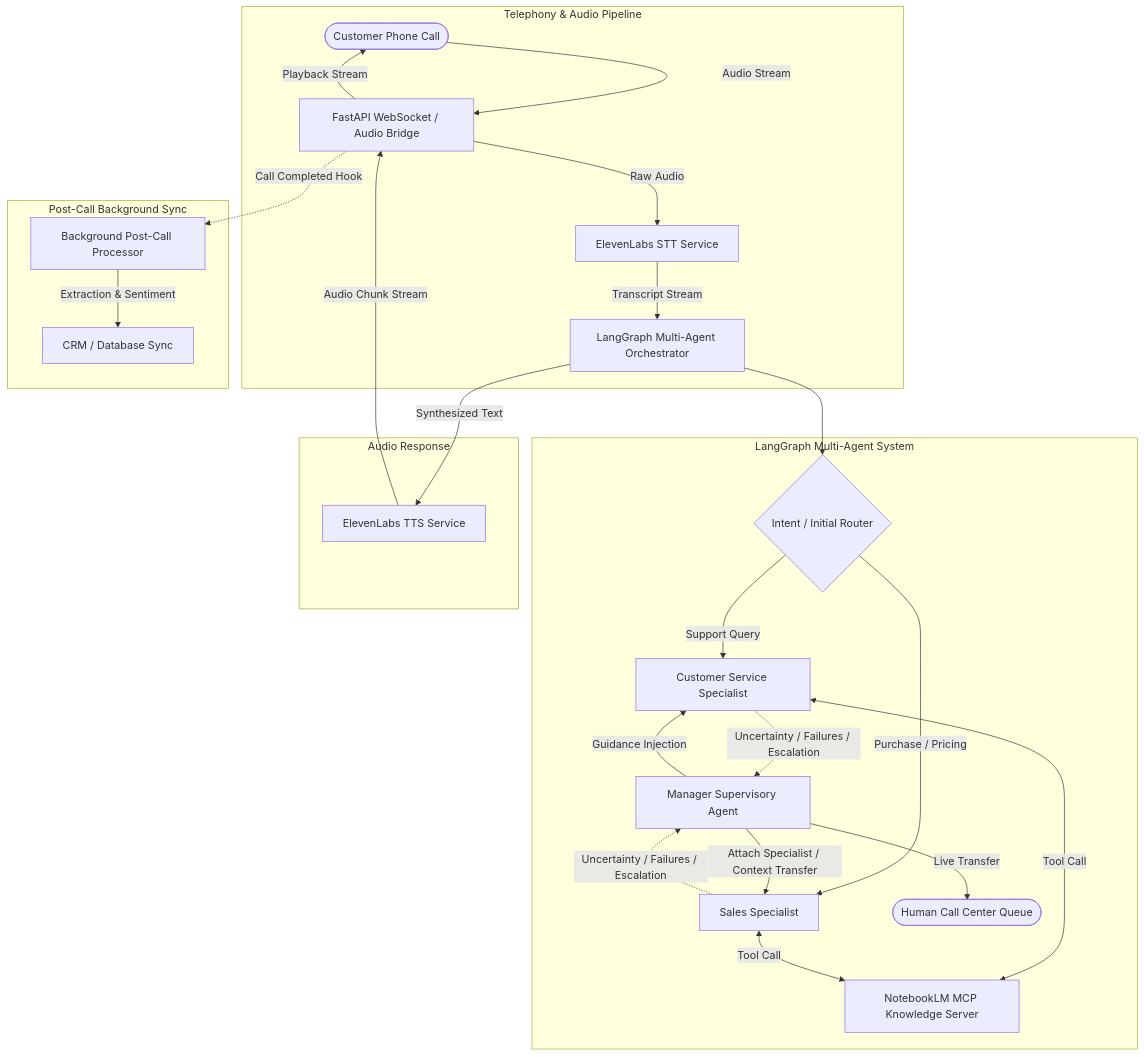
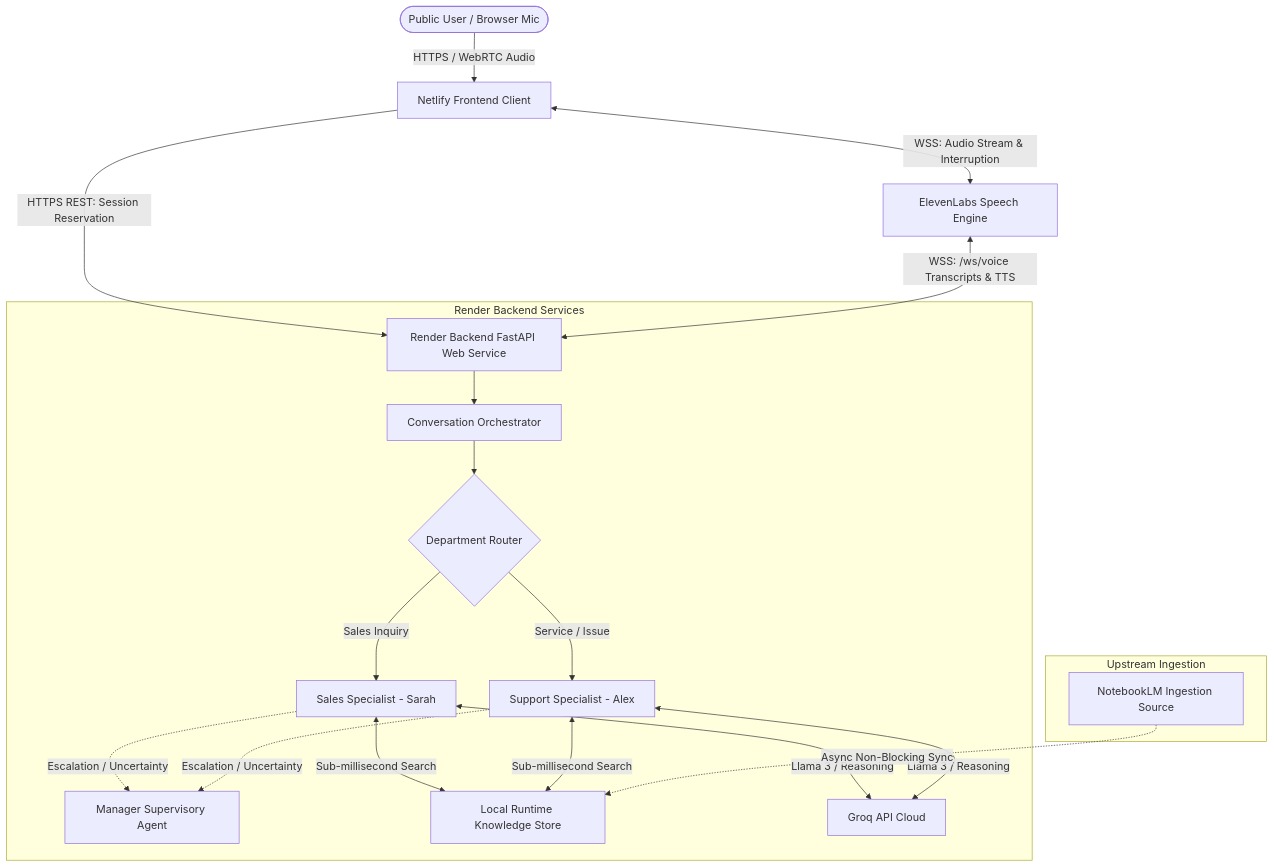
Before and after one commit to Vivan-23/Voice-Ai-Agent: the diagram in README.md, drawn with Mermaid. The commit also changed other lines of this file and 12 other files, not shown here.

Commit message:
feat(deploy): prepare Coway AI POC for Render backend and Netlify frontend deployment

````diff
--- a/README.md
+++ b/README.md
@@ -9,35 +9,27 @@
 ```mermaid
 flowchart TD
-    subgraph Telephony & Audio Pipeline
-        Caller([Customer Phone Call]) -->|Audio Stream| FastAPIServer[FastAPI WebSocket / Audio Bridge]
-        FastAPIServer -->|Raw Audio| STT[ElevenLabs STT Service]
-        STT -->|Transcript Stream| Orchestrator[LangGraph Multi-Agent Orchestrator]
+    User([Public User / Browser Mic]) -->|HTTPS / WebRTC Audio| Netlify[Netlify Frontend Client]
+    Netlify -->|HTTPS REST: Session Reservation| RenderBackend[Render Backend FastAPI Web Service]
+    Netlify <-->|WSS: Audio Stream & Interruption| ElevenLabsVoice[ElevenLabs Speech Engine]
+    ElevenLabsVoice <-->|WSS: /ws/voice Transcripts & TTS| RenderBackend
+
+    subgraph Render Backend Services
+        RenderBackend --> Orchestrator[Conversation Orchestrator]
+        Orchestrator --> Router{Department Router}
+        Router -->|Sales Inquiry| SalesAgent[Sales Specialist - Sarah]
+        Router -->|Service / Issue| SupportAgent[Support Specialist - Alex]
+        
+        SalesAgent -.->|Escalation / Uncertainty| ManagerAgent[Manager Supervisory Agent]
+        SupportAgent -.->|Escalation / Uncertainty| ManagerAgent
+        
+        SalesAgent <-->|Sub-millisecond Search| LocalKB[Local Runtime Knowledge Store]
+        SupportAgent <-->|Sub-millisecond Search| LocalKB
+        
+        SalesAgent <-->|Llama 3 / Reasoning| GroqLLM[Groq API Cloud]
+        SupportAgent <-->|Llama 3 / Reasoning| GroqLLM
     end
 
-    subgraph LangGraph Multi-Agent System
-        Orchestrator --> Router{Intent / Initial Router}
-        Router -->|Support Query| ServiceAgent[Customer Service Specialist]
-        Router -->|Purchase / Pricing| SalesAgent[Sales Specialist]
-        
-        ServiceAgent -.->|Uncertainty / Failures / Escalation| ManagerAgent[Manager Supervisory Agent]
-        SalesAgent -.->|Uncertainty / Failures / Escalation| ManagerAgent
-        
-        ManagerAgent -->|Guidance Injection| ServiceAgent
-        ManagerAgent -->|Attach Specialist / Context Transfer| SalesAgent
-        ManagerAgent -->|Live Transfer| HumanOperator([Human Call Center Queue])
-        
-        ServiceAgent <-->|Tool Call| MCPKnowledge[NotebookLM MCP Knowledge Server]
-        SalesAgent <-->|Tool Call| MCPKnowledge
-    end
-
-    subgraph Audio Response
-        Orchestrator -->|Synthesized Text| TTS[ElevenLabs TTS Service]
-        TTS -->|Audio Chunk Stream| FastAPIServer
-        FastAPIServer -->|Playback Stream| Caller
-    end
-
-    subgraph Post-Call Background Sync
-        FastAPIServer -.->|Call Completed Hook| PostCallProcessor[Background Post-Call Processor]
-        PostCallProcessor -->|Extraction & Sentiment| CRM[CRM / Database Sync]
+    subgraph Upstream Ingestion
+        NotebookLM[NotebookLM Ingestion Source] -.->|Async Non-Blocking Sync| LocalKB
     end
 ```
````
